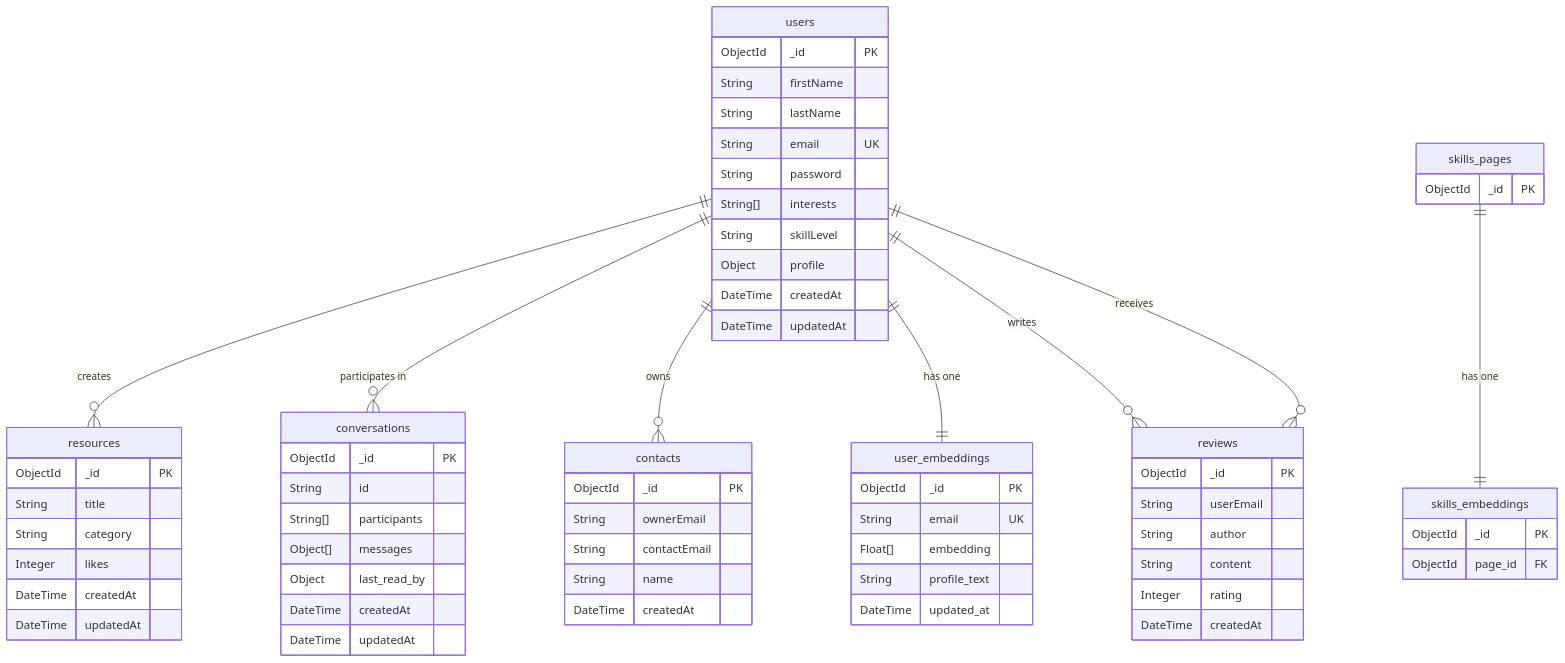
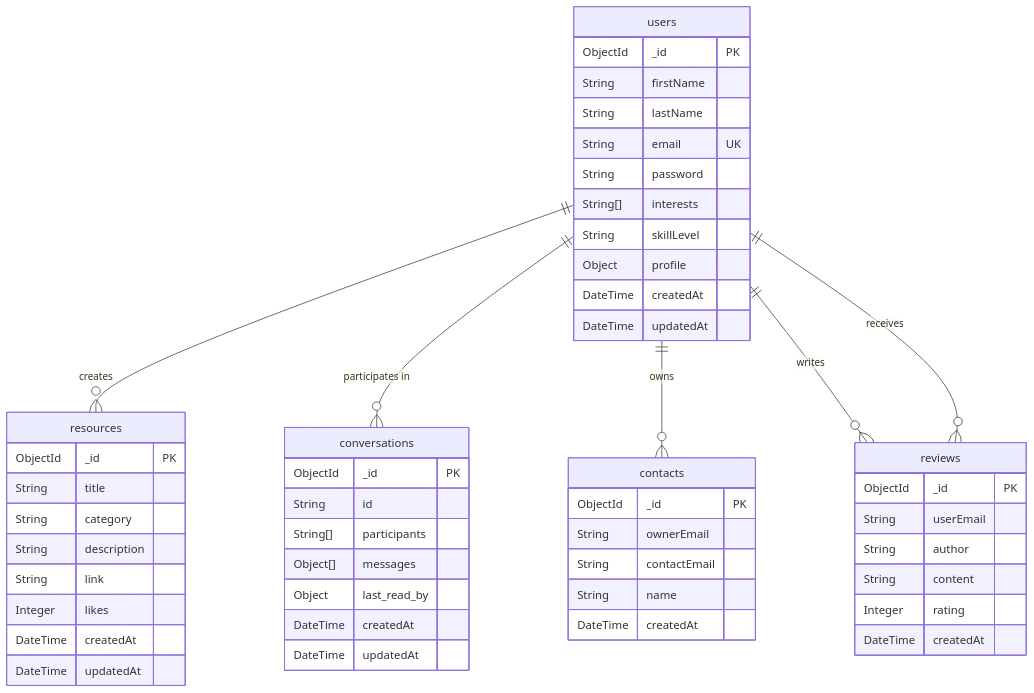
One commit to Garycole12343/website-backend changed the diagram in Assessmenttechstack/erd_diagram.md. Above: the diagram before and after it, drawn with Mermaid. The commit also changed other lines of this file and 272 other files, not shown here.

````diff
--- a/Assessmenttechstack/erd_diagram.md
+++ b/Assessmenttechstack/erd_diagram.md
@@ -3,76 +5,59 @@
 ```mermaid
 erDiagram
     users {
         ObjectId _id PK
         String firstName
         String lastName
         String email UK
         String password
         String[] interests
         String skillLevel
         Object profile
         DateTime createdAt
         DateTime updatedAt
     }
 
     resources {
         ObjectId _id PK
         String title
         String category
+        String description
+        String link
         Integer likes
         DateTime createdAt
         DateTime updatedAt
     }
 
     conversations {
         ObjectId _id PK
         String id
         String[] participants
         Object[] messages
         Object last_read_by
         DateTime createdAt
         DateTime updatedAt
     }
 
     contacts {
         ObjectId _id PK
         String ownerEmail
         String contactEmail
         String name
         DateTime createdAt
     }
 
-    user_embeddings {
-        ObjectId _id PK
-        String email UK
-        Float[] embedding
-        String profile_text
-        DateTime updated_at
-    }
-
     reviews {
         ObjectId _id PK
         String userEmail
         String author
         String content
         Integer rating
         DateTime createdAt
     }
 
-    skills_pages {
-        ObjectId _id PK
-    }
-
-    skills_embeddings {
-        ObjectId _id PK
-        ObjectId page_id FK
-    }
-
     users ||--o{ resources : "creates"
     users ||--o{ conversations : "participates in"
     users ||--o{ contacts : "owns"
-    users ||--|| user_embeddings : "has one"
     users ||--o{ reviews : "writes"
     users ||--o{ reviews : "receives"
-    skills_pages ||--|| skills_embeddings : "has one"
 ```
````
